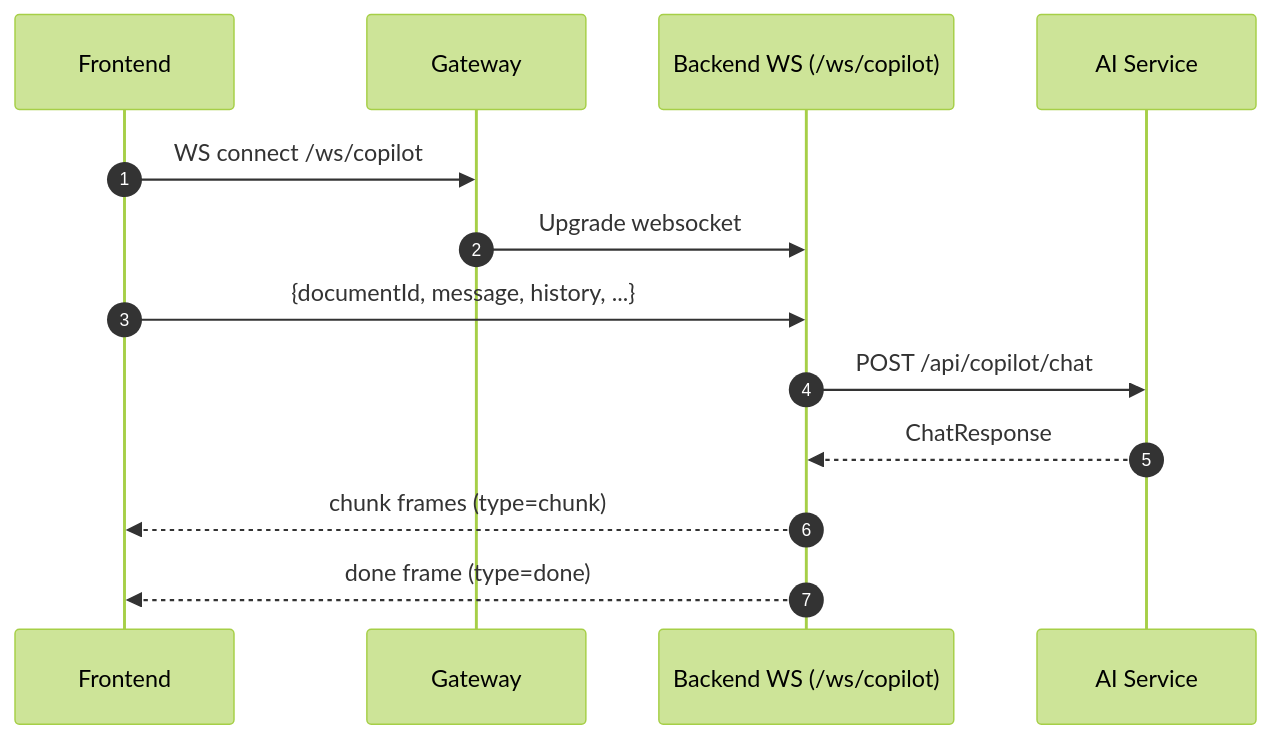
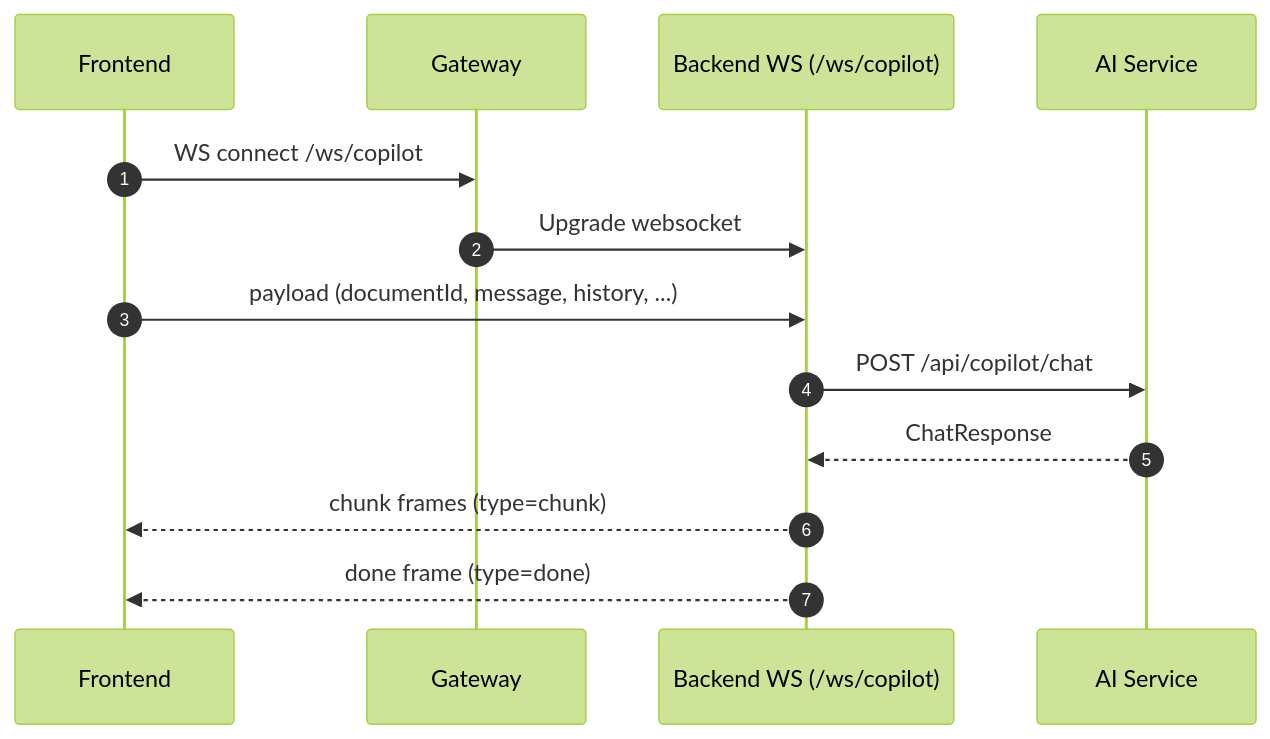
The fourth of 5 diagrams in README.md (Kunal88591/AI-Legal-Document-Analyser), drawn with Mermaid (forest theme) before and after one commit. The commit also changed other lines of this file and 1 other file, not shown here.

````diff
--- a/README.md
+++ b/README.md
@@ -132,16 +144,16 @@
 ```mermaid
 sequenceDiagram
    autonumber
    participant UI as Frontend
    participant GW as Gateway
    participant WS as Backend WS (/ws/copilot)
    participant AI as AI Service
 
    UI->>GW: WS connect /ws/copilot
    GW->>WS: Upgrade websocket
-   UI->>WS: {documentId, message, history, ...}
+   UI->>WS: payload (documentId, message, history, ...)
    WS->>AI: POST /api/copilot/chat
    AI-->>WS: ChatResponse
    WS-->>UI: chunk frames (type=chunk)
    WS-->>UI: done frame (type=done)
 ```
````
